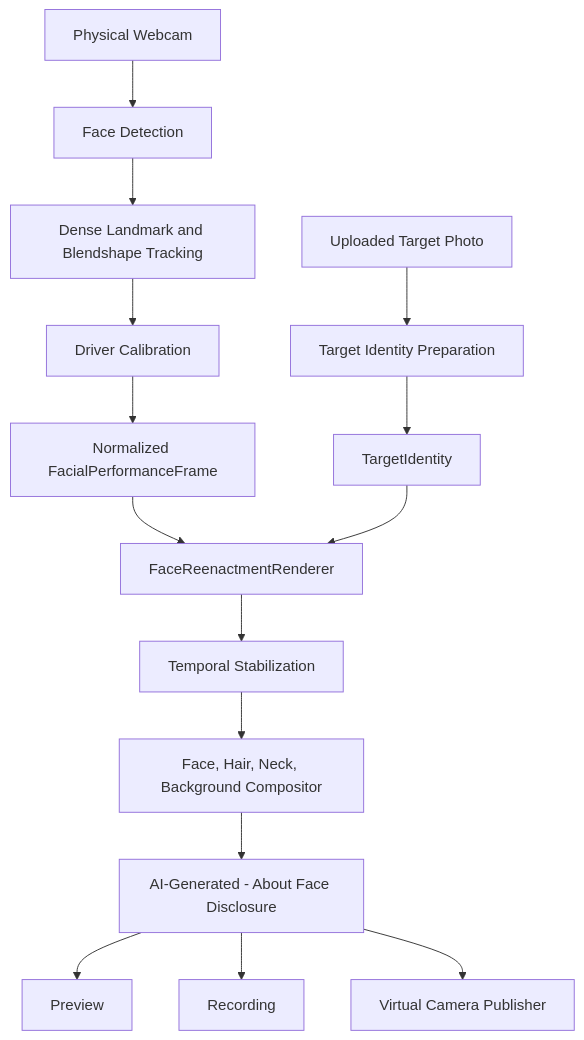
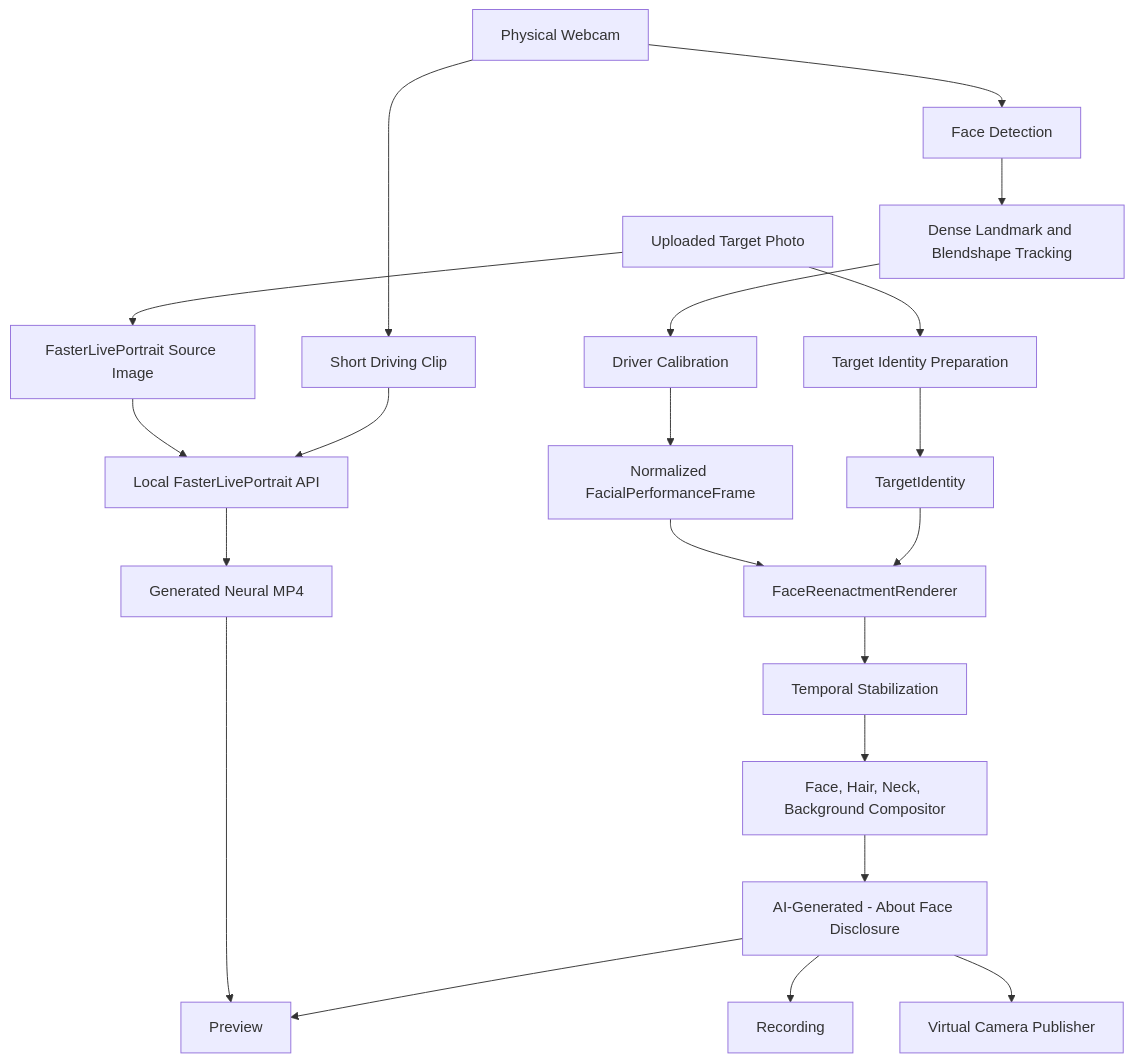
One commit to kingcorey1221/Aboutface1.0 changed the diagram in docs/ARCHITECTURE.md. Above: the diagram before and after it, drawn with Mermaid. The commit also changed other lines of this file and 10 other files, not shown here.

Commit message:
Integrate FasterLivePortrait neural renderer

````diff
--- a/docs/ARCHITECTURE.md
+++ b/docs/ARCHITECTURE.md
@@ -3,17 +3,23 @@
 ```mermaid
 flowchart TD
   A["Physical Webcam"] --> B["Face Detection"]
   B --> C["Dense Landmark and Blendshape Tracking"]
   C --> D["Driver Calibration"]
   D --> E["Normalized FacialPerformanceFrame"]
   F["Uploaded Target Photo"] --> G["Target Identity Preparation"]
   G --> H["TargetIdentity"]
   E --> I["FaceReenactmentRenderer"]
   H --> I
+  F --> P["FasterLivePortrait Source Image"]
+  A --> Q["Short Driving Clip"]
+  P --> R["Local FasterLivePortrait API"]
+  Q --> R
+  R --> S["Generated Neural MP4"]
+  S --> M
   I --> J["Temporal Stabilization"]
   J --> K["Face, Hair, Neck, Background Compositor"]
   K --> L["AI-Generated - About Face Disclosure"]
   L --> M["Preview"]
   L --> N["Recording"]
   L --> O["Virtual Camera Publisher"]
 ```
````
